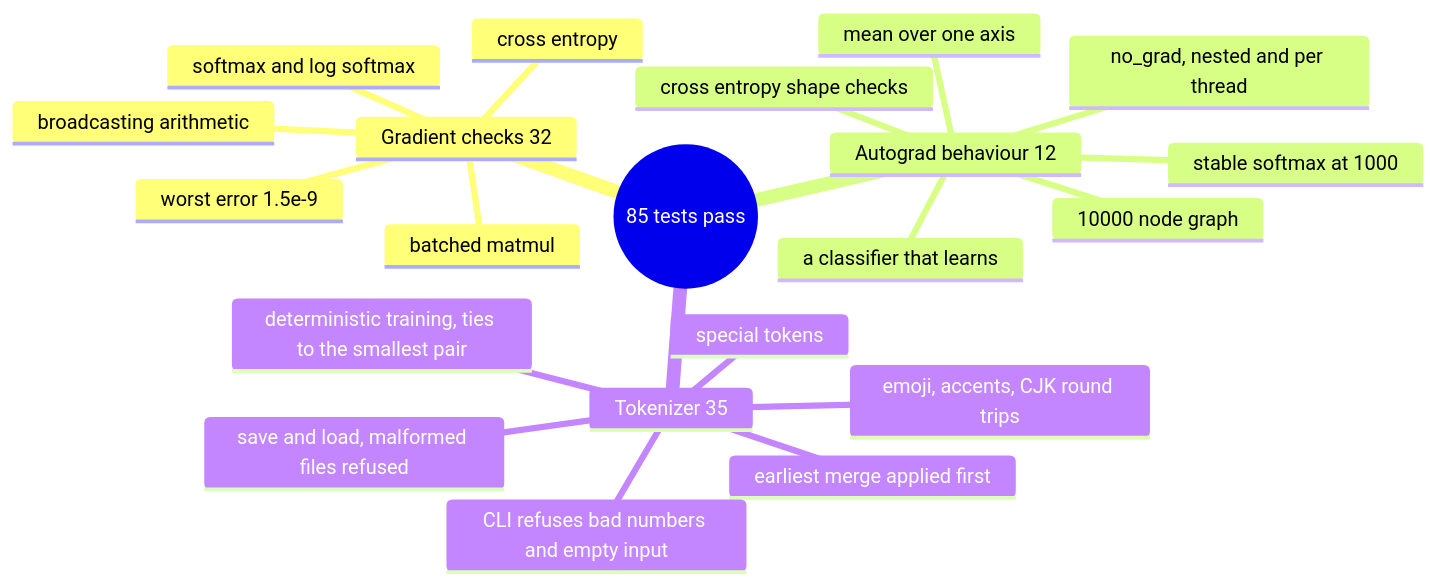
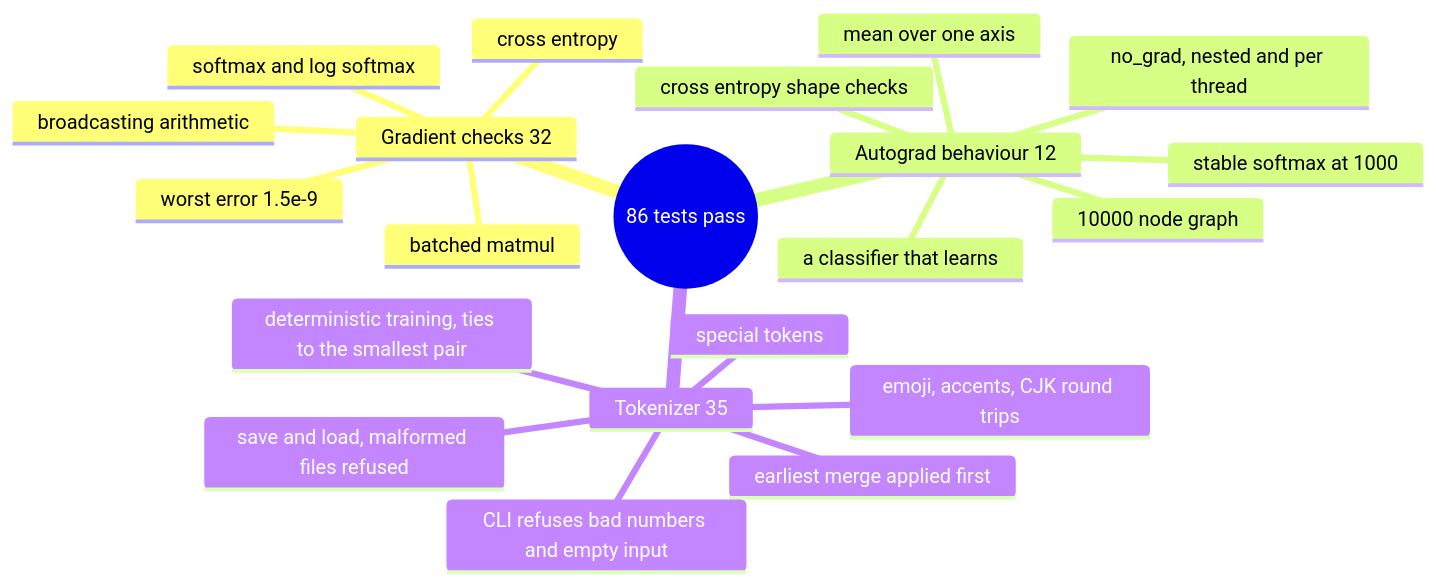
One commit to EquinoxWN/tiny-transformer-scratch changed the second of 3 diagrams in README.md. Above: the diagram before and after it, drawn with Mermaid. The commit also changed other lines of this file and 2 other files, not shown here.

````diff
--- a/README.md
+++ b/README.md
@@ -113,24 +113,24 @@
 ```mermaid
 mindmap
-  root((85 tests pass))
+  root((86 tests pass))
     Gradient checks 32
       broadcasting arithmetic
       batched matmul
       softmax and log softmax
       cross entropy
       worst error 1.5e-9
     Autograd behaviour 12
       stable softmax at 1000
       no_grad, nested and per thread
       mean over one axis
       cross entropy shape checks
       10000 node graph
       a classifier that learns
     Tokenizer 35
       emoji, accents, CJK round trips
       deterministic training, ties to the smallest pair
       earliest merge applied first
       special tokens
       save and load, malformed files refused
       CLI refuses bad numbers and empty input
 ```
````
